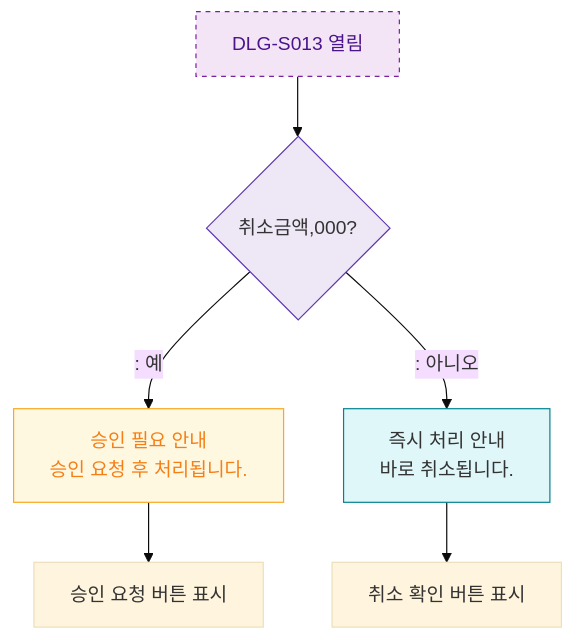
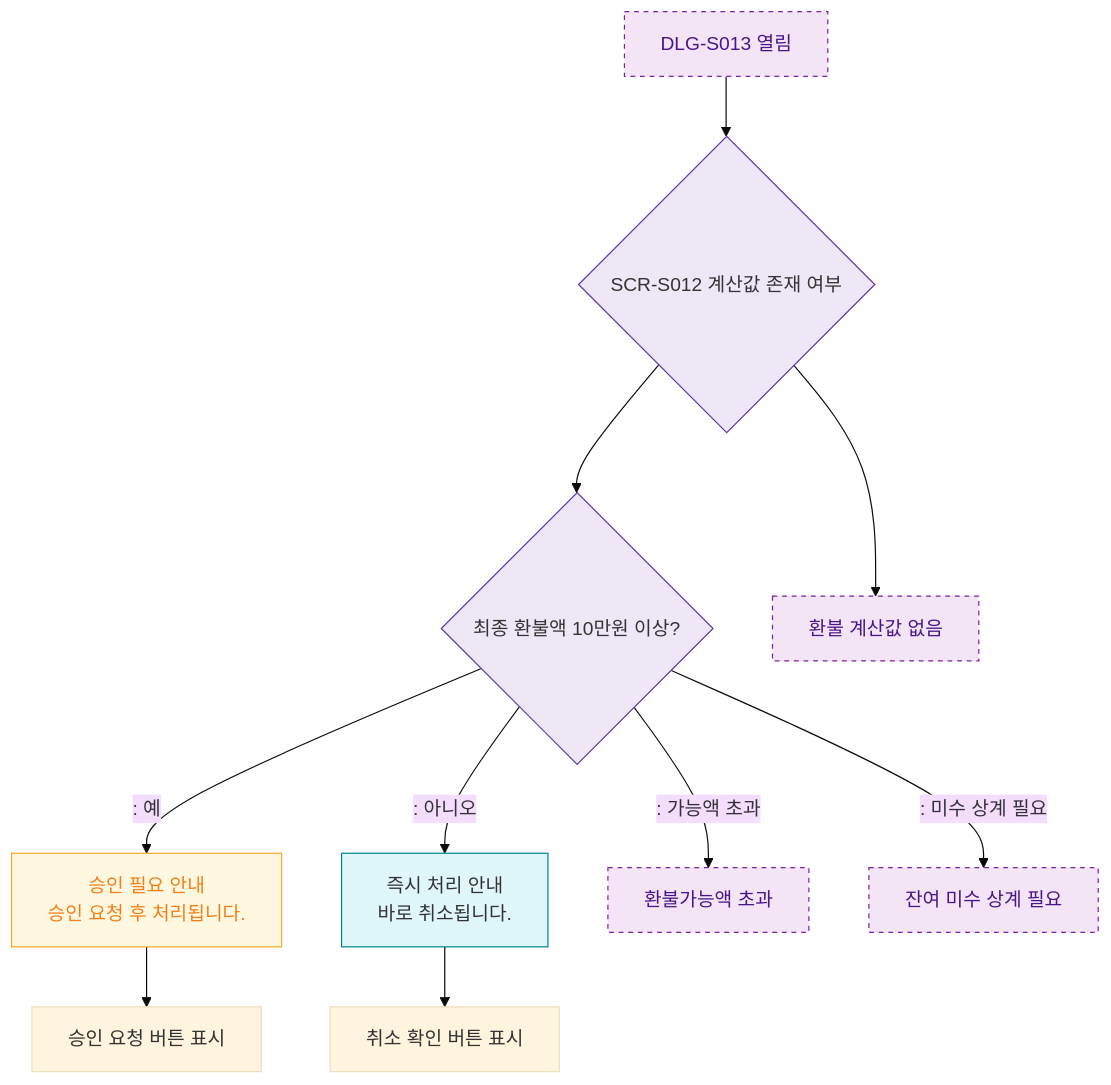
Before and after one commit to dev-spogym/admin-pando: the diagram in docs/admin/다이어그램/D03_매출관리/DLG-S013_환불처리/M2_필드검증.md, drawn with Mermaid (base theme). The commit also changed other lines of this file and 45 other files, not shown here.

````diff
--- a/docs/admin/다이어그램/D03_매출관리/DLG-S013_환불처리/M2_필드검증.md
+++ b/docs/admin/다이어그램/D03_매출관리/DLG-S013_환불처리/M2_필드검증.md
@@ -18,20 +18,25 @@
 ```mermaid
 flowchart TD
-    OPEN[DLG-S013 열림] --> AMOUNT_GATE{취소금액,000?}
+    OPEN[DLG-S013 열림] --> PREVIEW_OK{SCR-S012 계산값 존재 여부}
+    PREVIEW_OK --> AMOUNT_GATE{최종 환불액 10만원 이상?}
+    PREVIEW_OK --> ERR_PREVIEW[환불 계산값 없음]
 
     AMOUNT_GATE -->|": 예"|APPROVAL_INFO[승인 필요 안내\n승인 요청 후 처리됩니다.]
     AMOUNT_GATE -->|": 아니오"|DIRECT_INFO[즉시 처리 안내\n바로 취소됩니다.]
+    AMOUNT_GATE -->|": 가능액 초과"|ERR_EXCEED[환불가능액 초과]
+    AMOUNT_GATE -->|": 미수 상계 필요"|ERR_OFFSET[잔여 미수 상계 필요]
 
     APPROVAL_INFO --> CONFIRM_BTN[승인 요청 버튼 표시]
     DIRECT_INFO --> CONFIRM_BTN2[취소 확인 버튼 표시]
 
     classDef newFeature fill:#F3E5F5,stroke:#7B1FA2,color:#4A148C,stroke-dasharray:4 4
     classDef system fill:#EDE7F6,stroke:#5E35B2
     classDef warning fill:#FFF8E1,stroke:#F9A825,color:#F57F17
     classDef info fill:#E0F7FA,stroke:#00838F
 
     class OPEN newFeature
-    class AMOUNT_GATE system
+    class PREVIEW_OK,AMOUNT_GATE system
     class APPROVAL_INFO warning
     class DIRECT_INFO info
+    class ERR_PREVIEW,ERR_EXCEED,ERR_OFFSET newFeature
 ```
````
